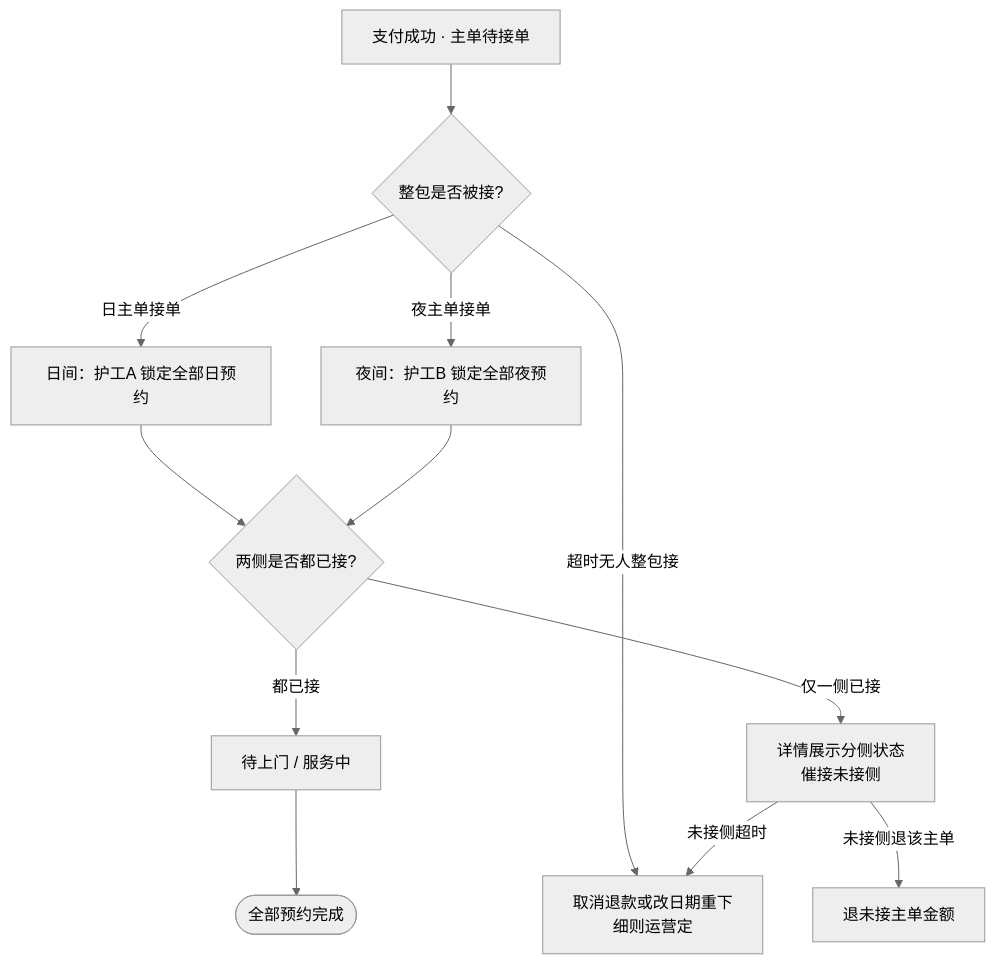
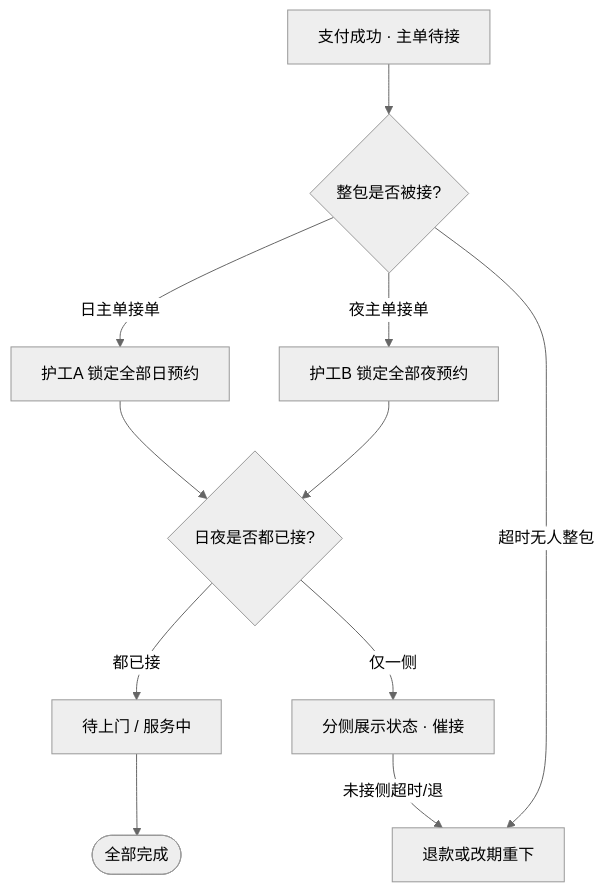
The fourth of 4 diagrams in order_quickly/PRD-R-261022-019-连续陪护快下单.md (haiyan-design/prototypes), drawn with Mermaid (neutral theme) before and after one commit. The commit also changed other lines of this file and 2 other files, not shown here.

````diff
--- a/order_quickly/PRD-R-261022-019-连续陪护快下单.md
+++ b/order_quickly/PRD-R-261022-019-连续陪护快下单.md
@@ -220,18 +234,15 @@
 ```mermaid
 flowchart TD
-  Paid[支付成功 · 主单待接单] --> Wait{整包是否被接?}
+  Paid[支付成功 · 主单待接] --> Wait{整包是否被接?}
 
-  Wait -->|日主单接单| DayOK[日间：护工A 锁定全部日预约]
-  Wait -->|夜主单接单| NightOK[夜间：护工B 锁定全部夜预约]
-
-  DayOK --> Both{两侧是否都已接?}
+  Wait -->|日主单接单| DayOK[护工A 锁定全部日预约]
+  Wait -->|夜主单接单| NightOK[护工B 锁定全部夜预约]
+  DayOK --> Both{日夜是否都已接?}
   NightOK --> Both
 
   Both -->|都已接| Serving[待上门 / 服务中]
-  Both -->|仅一侧已接| Partial[详情展示分侧状态<br/>催接未接侧]
-
-  Wait -->|超时无人整包接| Timeout[取消退款或改日期重下<br/>细则运营定]
-  Partial -->|未接侧超时| Timeout
-  Partial -->|未接侧退该主单| RefundPart[退未接主单金额]
-  Serving --> Finish([全部预约完成])
+  Both -->|仅一侧| Partial[分侧展示状态 · 催接]
+  Wait -->|超时无人整包| Timeout[退款或改期重下]
+  Partial -->|未接侧超时/退| Timeout
+  Serving --> Done([全部完成])
 ```
````
